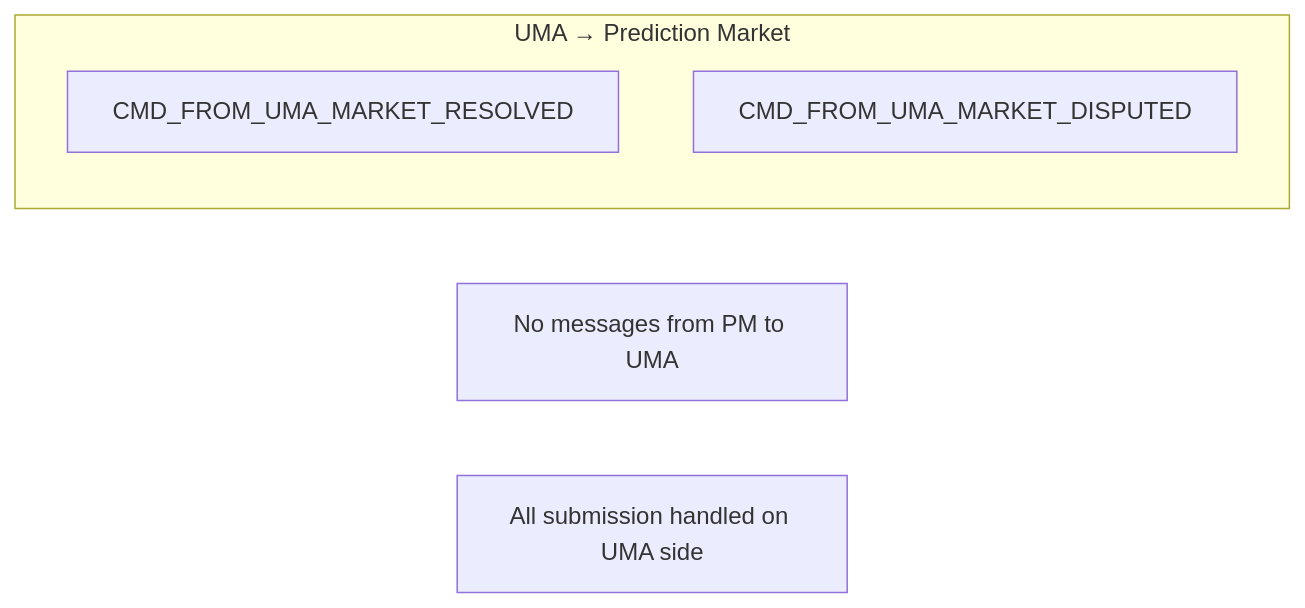
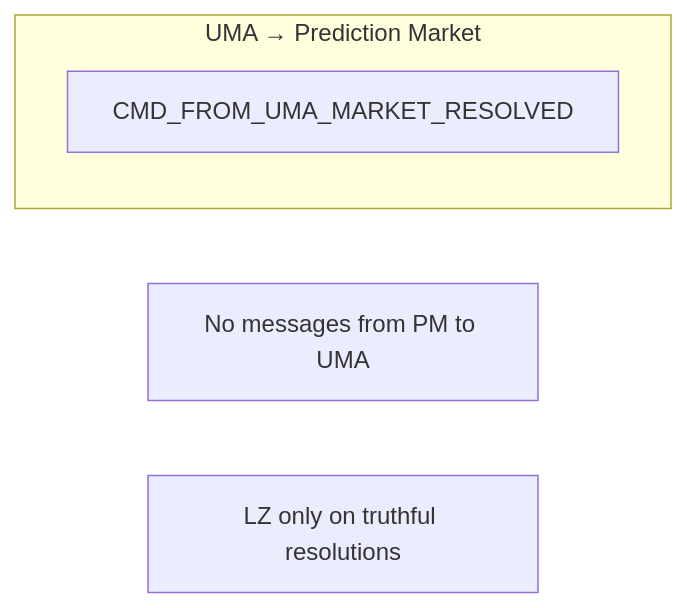
Before and after one commit to engsudal909/sapience-1: the third of 7 diagrams in packages/protocol/src/predictionMarket/resolvers/DIAGRAMS.md, drawn with Mermaid. The commit also changed other lines of this file and 5 other files, not shown here.

````diff
--- a/packages/protocol/src/predictionMarket/resolvers/DIAGRAMS.md
+++ b/packages/protocol/src/predictionMarket/resolvers/DIAGRAMS.md
@@ -71,10 +70,9 @@
 ```mermaid
 graph LR
     subgraph "UMA → Prediction Market"
         A[CMD_FROM_UMA_MARKET_RESOLVED]
-        B[CMD_FROM_UMA_MARKET_DISPUTED]
     end
     
     Note1[No messages from PM to UMA]
-    Note2[All submission handled on UMA side]
+    Note2[LZ only on truthful resolutions]
 ```
````
